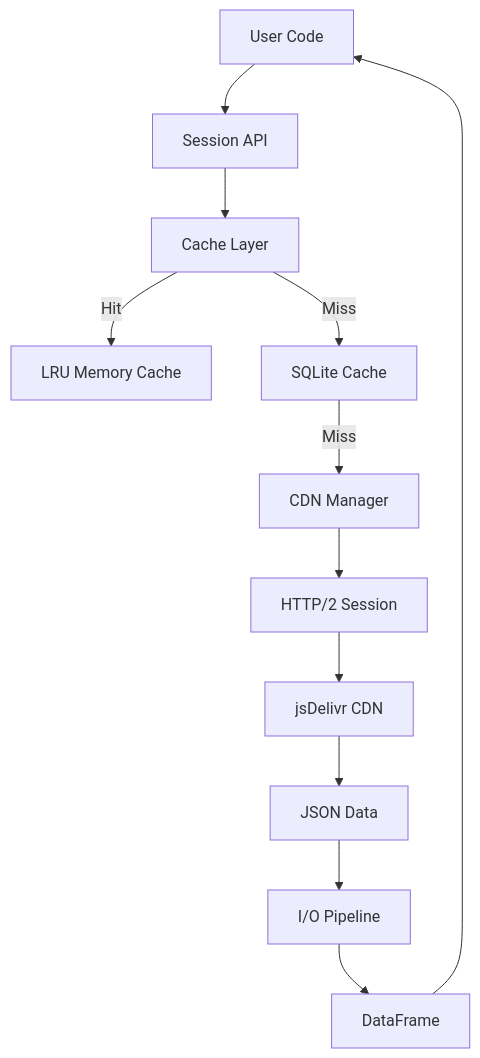
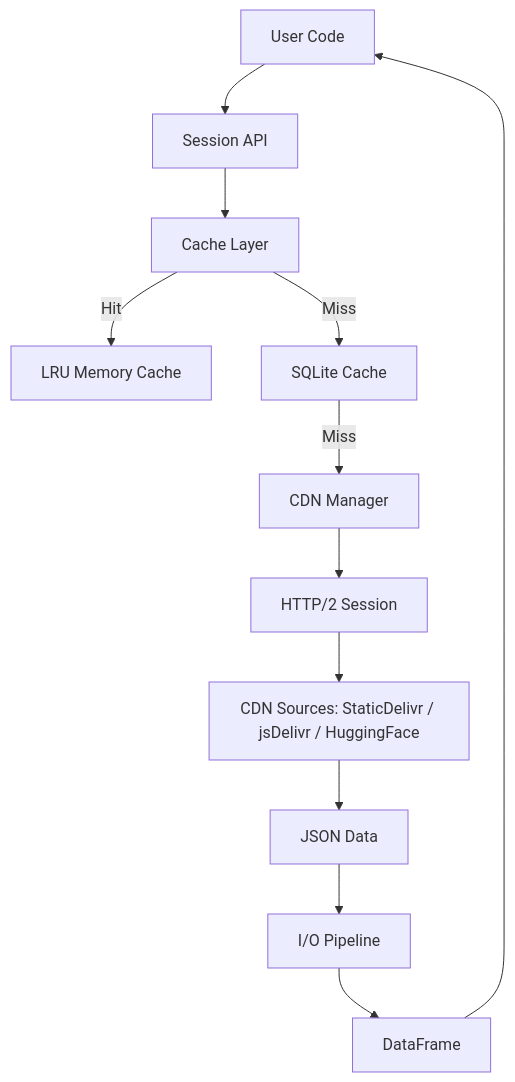
Before and after one commit to TracingInsights/tif1: the first of 2 diagrams in docs/architecture.mdx, drawn with Mermaid. The commit also changed other lines of this file and 64 other files, not shown here.

````diff
--- a/docs/architecture.mdx
+++ b/docs/architecture.mdx
@@ -18,14 +18,14 @@
 ```mermaid
 graph TB
     User[User Code] --> Session[Session API]
     Session --> Cache[Cache Layer]
     Cache --> |Hit| Memory[LRU Memory Cache]
     Cache --> |Miss| SQLite[SQLite Cache]
     SQLite --> |Miss| CDN[CDN Manager]
     CDN --> HTTP[HTTP/2 Session]
-    HTTP --> JS[jsDelivr CDN]
-    JS --> Data[JSON Data]
+    HTTP --> SRC[CDN Sources: StaticDelivr / jsDelivr / HuggingFace]
+    SRC --> Data[JSON Data]
     Data --> Pipeline[I/O Pipeline]
     Pipeline --> DF[DataFrame]
     DF --> User
 ```
````
